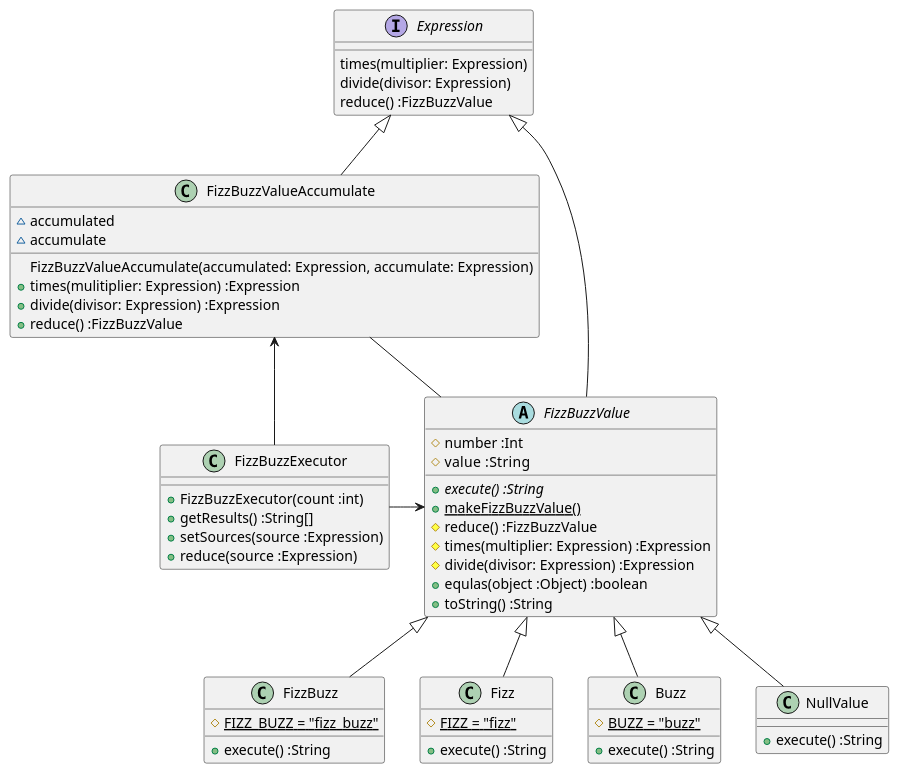
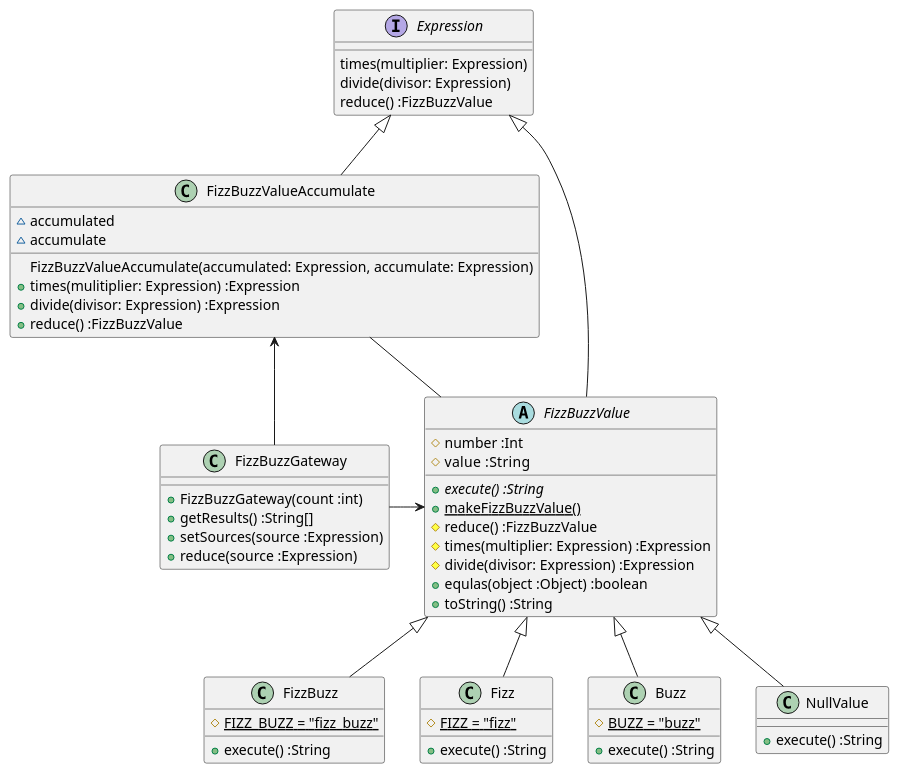
One commit to k2works/etude_for_java changed the first of 8 diagrams in docs/src/fizzbuzz.md. Above: the diagram before and after it, drawn with PlantUML. The commit also changed other lines of this file and 12 other files, not shown here.

First line of the commit message:
FizzBuzz #EFJ-8

````diff
--- a/docs/src/fizzbuzz.md
+++ b/docs/src/fizzbuzz.md
@@ -39,59 +39,59 @@
 ```puml
 @startuml
-class FizzBuzzExecutor {
-  +FizzBuzzExecutor(count :int)
+class FizzBuzzGateway {
+  +FizzBuzzGateway(count :int)
   +getResults() :String[]
   +setSources(source :Expression)
   +reduce(source :Expression)
 }
 abstract class FizzBuzzValue {
   #number :Int
   #value  :String
   +{abstract}execute() :String
   +{static} makeFizzBuzzValue()
   #reduce() :FizzBuzzValue  
   #times(multiplier: Expression) :Expression
   #divide(divisor: Expression) :Expression
   +equlas(object :Object) :boolean
   +toString() :String
 }
 class FizzBuzz {
   #{static} FIZZ_BUZZ = "fizz_buzz"
   +execute() :String
 }
 class Fizz {
   #{static} FIZZ = "fizz"
   +execute() :String
 }
 class Buzz {
   #{static} BUZZ = "buzz"  
   +execute() :String  
 }
 class NullValue {
   +execute() :String  
 }
 class FizzBuzzValueAccumulate {
   ~accumulated
   ~accumulate
   FizzBuzzValueAccumulate(accumulated: Expression, accumulate: Expression)
   +times(mulitiplier: Expression) :Expression
   +divide(divisor: Expression) :Expression
   +reduce() :FizzBuzzValue  
 }
 interface Expression {
   times(multiplier: Expression)
   divide(divisor: Expression)
   reduce() :FizzBuzzValue
 }
-FizzBuzzExecutor -> FizzBuzzValue
+FizzBuzzGateway -> FizzBuzzValue
 FizzBuzzValue <|-- Fizz
 FizzBuzzValue <|-- Buzz
 FizzBuzzValue <|-- FizzBuzz
 FizzBuzzValue <|-- NullValue
 FizzBuzzValueAccumulate -- FizzBuzzValue
-FizzBuzzValueAccumulate <- FizzBuzzExecutor
+FizzBuzzValueAccumulate <- FizzBuzzGateway
 Expression <|- FizzBuzzValue
 Expression <|-- FizzBuzzValueAccumulate
 
 @enduml
 ```
````
